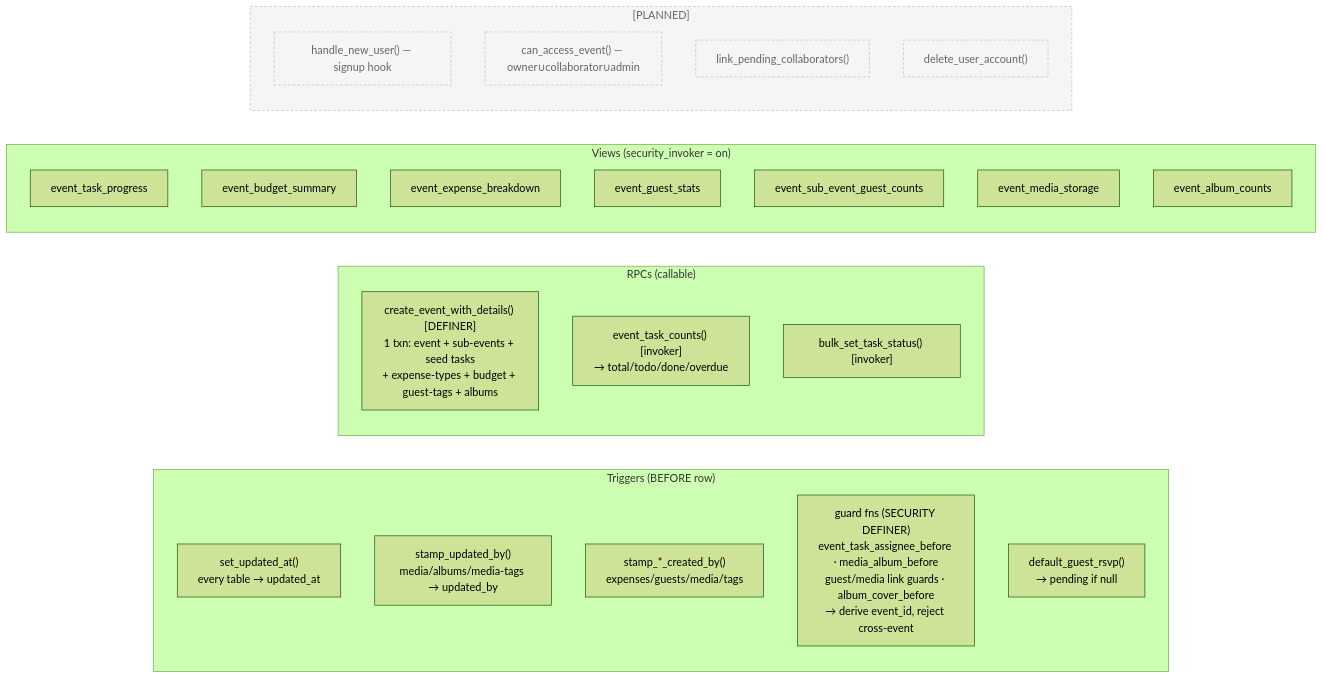
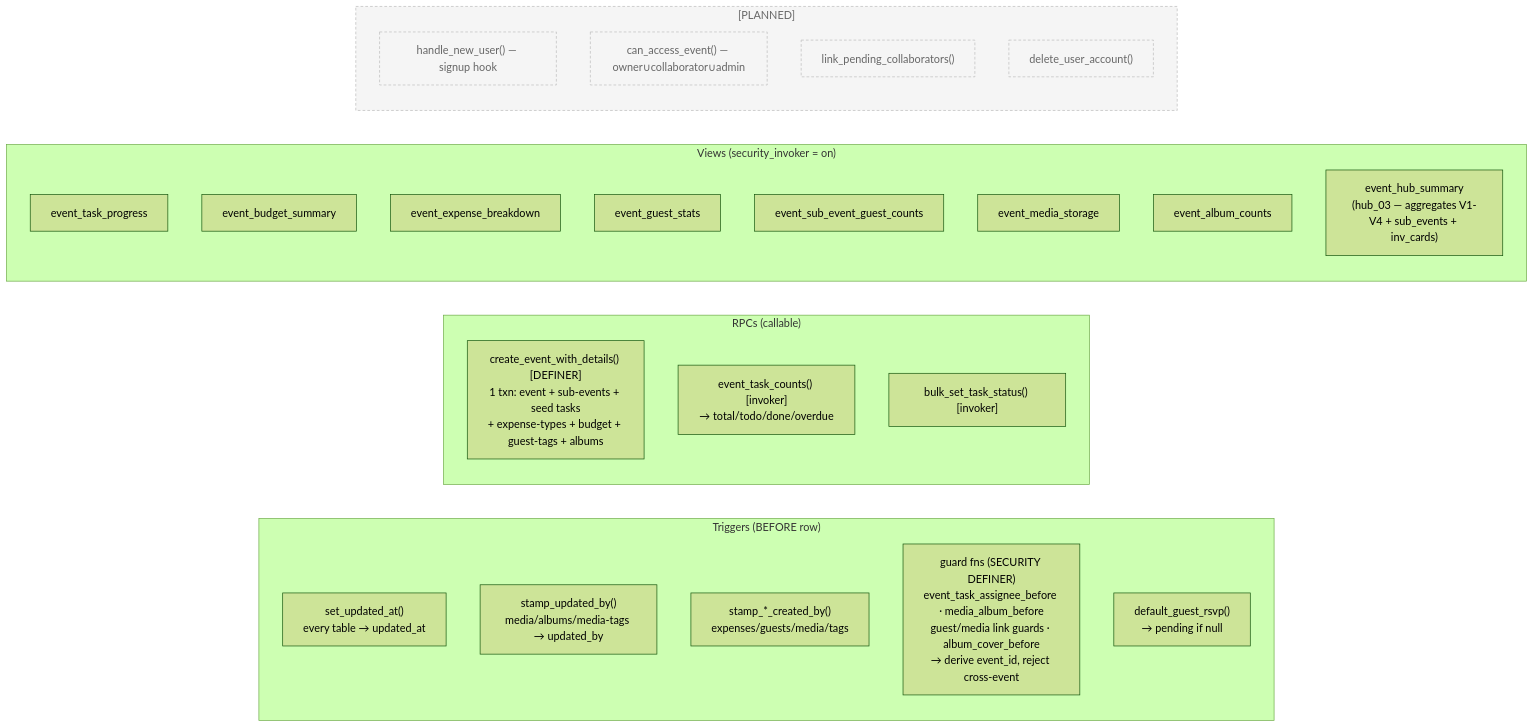
The third of 6 diagrams in docs/data-model/ERD.md (evenzi-official/Evenzi), drawn with Mermaid (forest theme) before and after one commit. The commit also changed other lines of this file and 1 other file, not shown here.

First line of the commit message:
feat(db): event hub data model (hub_01–hub_03)

````diff
--- a/docs/data-model/ERD.md
+++ b/docs/data-model/ERD.md
@@ -573,40 +606,41 @@
 ```mermaid
 flowchart LR
   subgraph TRG["Triggers (BEFORE row)"]
     direction TB
     SUA["set_updated_at()<br/>every table → updated_at"]
     SUB["stamp_updated_by()<br/>media/albums/media-tags → updated_by"]
     STC["stamp_*_created_by()<br/>expenses/guests/media/tags"]
     GRD["guard fns (SECURITY DEFINER)<br/>event_task_assignee_before · media_album_before<br/>guest/media link guards · album_cover_before<br/>→ derive event_id, reject cross-event"]
     DRS["default_guest_rsvp()<br/>→ pending if null"]
   end
 
   subgraph RPC["RPCs (callable)"]
     direction TB
     CE["create_event_with_details() [DEFINER]<br/>1 txn: event + sub-events + seed tasks<br/>+ expense-types + budget + guest-tags + albums"]
     TC["event_task_counts() [invoker]<br/>→ total/todo/done/overdue"]
     BK["bulk_set_task_status() [invoker]"]
   end
 
   subgraph VW["Views (security_invoker = on)"]
     direction TB
     V1["event_task_progress"]
     V2["event_budget_summary"]
     V3["event_expense_breakdown"]
     V4["event_guest_stats"]
     V5["event_sub_event_guest_counts"]
     V6["event_media_storage"]
     V7["event_album_counts"]
+    V8["event_hub_summary<br/>(hub_03 — aggregates V1-V4 + sub_events + inv_cards)"]
   end
 
   subgraph PLN["[PLANNED]"]
     direction TB
     P1["handle_new_user() — signup hook"]
     P2["can_access_event() — owner∪collaborator∪admin"]
     P3["link_pending_collaborators()"]
     P4["delete_user_account()"]
   end
 
   classDef planned fill:#f5f5f5,stroke:#bbb,stroke-dasharray:4 3,color:#666;
   class PLN,P1,P2,P3,P4 planned;
 ```
````
